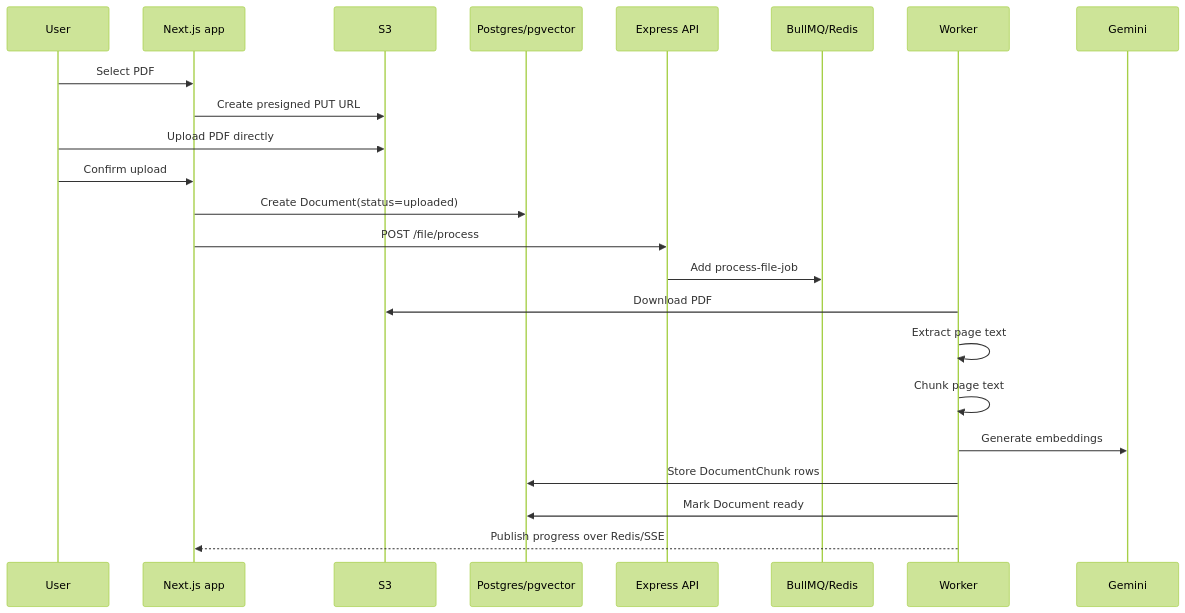
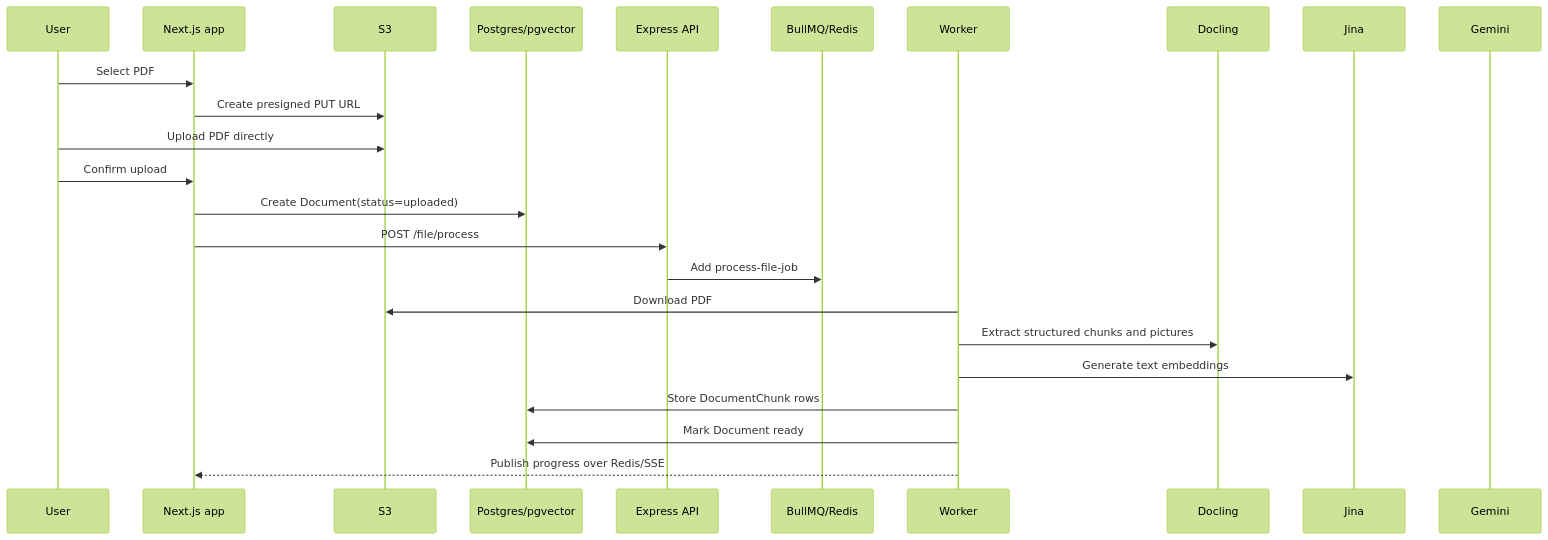
The second of 3 diagrams in README.md (12Mishra/cortex), drawn with Mermaid (forest theme) before and after one commit. The commit also changed other lines of this file and 43 other files, not shown here.

````diff
--- a/README.md
+++ b/README.md
@@ -85,26 +91,27 @@
 ```mermaid
 sequenceDiagram
   participant User
   participant Web as Next.js app
   participant S3
   participant DB as Postgres/pgvector
   participant API as Express API
   participant Queue as BullMQ/Redis
   participant Worker
+  participant Docling
+  participant Jina
   participant Gemini
 
   User->>Web: Select PDF
   Web->>S3: Create presigned PUT URL
   User->>S3: Upload PDF directly
   User->>Web: Confirm upload
   Web->>DB: Create Document(status=uploaded)
   Web->>API: POST /file/process
   API->>Queue: Add process-file-job
   Worker->>S3: Download PDF
-  Worker->>Worker: Extract page text
-  Worker->>Worker: Chunk page text
-  Worker->>Gemini: Generate embeddings
+  Worker->>Docling: Extract structured chunks and pictures
+  Worker->>Jina: Generate text embeddings
   Worker->>DB: Store DocumentChunk rows
   Worker->>DB: Mark Document ready
   Worker-->>Web: Publish progress over Redis/SSE
 ```
````
